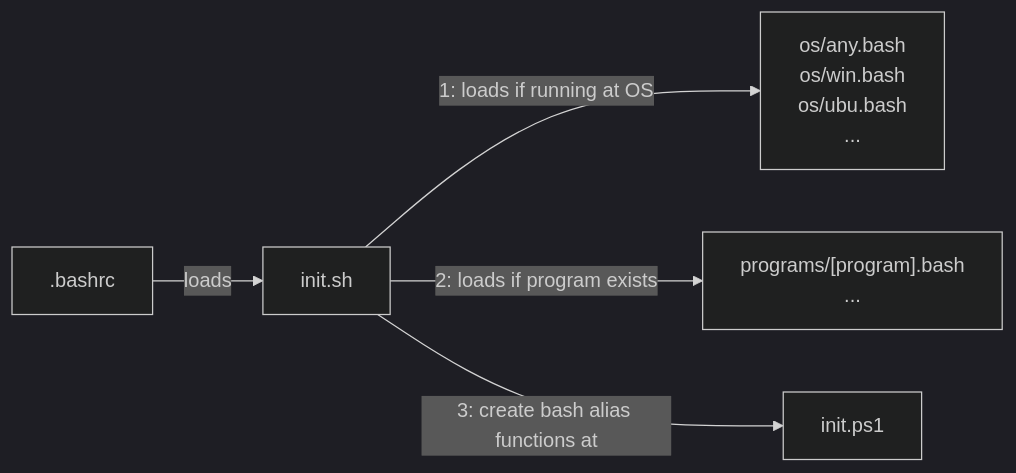
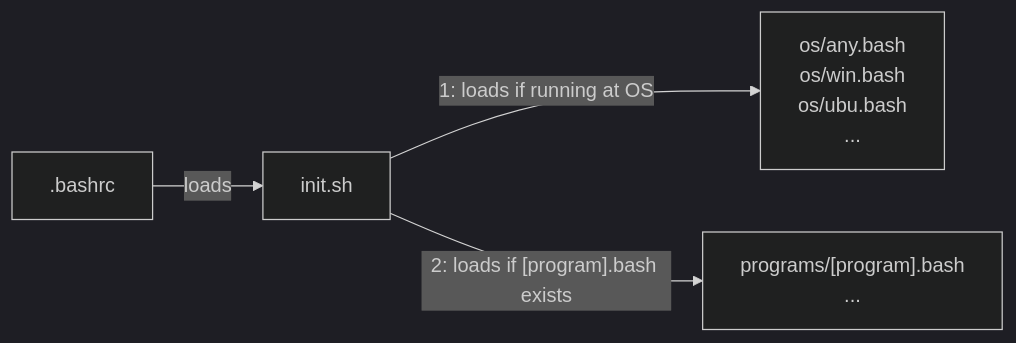
The first of 2 diagrams in README.md (alanlivio/ps-sh-helpers), drawn with Mermaid before and after one commit. The commit also changed other lines of this file and 1 other file, not shown here.

Commit message:
inti.sh: disable remove ps_def_funcs_from_ps1_file

````diff
--- a/README.md
+++ b/README.md
@@ -9,22 +9,22 @@
 ```mermaid
 %%{init: {'theme':'dark'}}%%
 flowchart LR
     bashrc[".bashrc"]
-    ps-init["init.ps1"]
+    %% ps-init["init.ps1"]
     sh-init["init.sh"]
     program-dependent["
         programs/[program].bash
         ...
     "]
     OS-dependent["
         os/any.bash
         os/win.bash
         os/ubu.bash
         ...
     "]
     
     bashrc --> |"loads"| sh-init
     sh-init --> |"1: loads if running at OS"| OS-dependent
-    sh-init --> |"2: loads if program exists"| program-dependent
-    sh-init --> |"3: create bash alias functions at"| ps-init
+    sh-init --> |"2: loads if [program].bash exists"| program-dependent
+    %% sh-init --> |"3: create bash alias functions at"| ps-init
 ```
````
